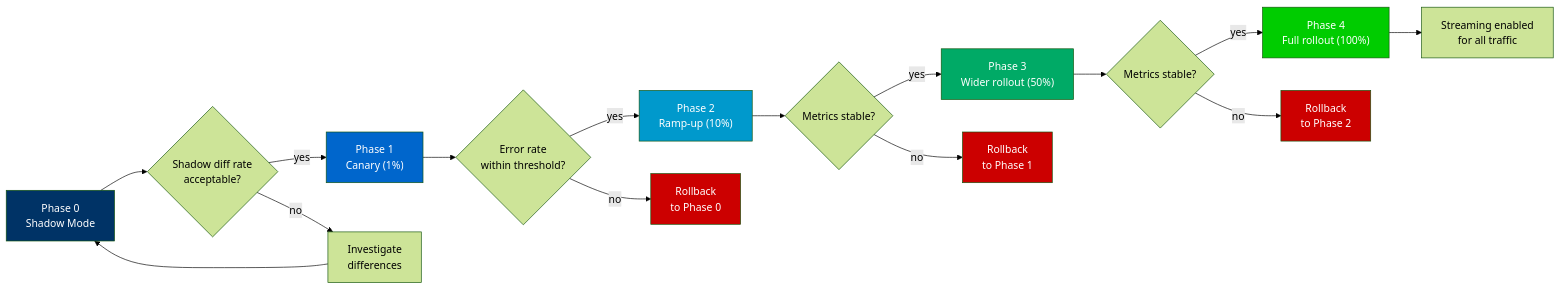
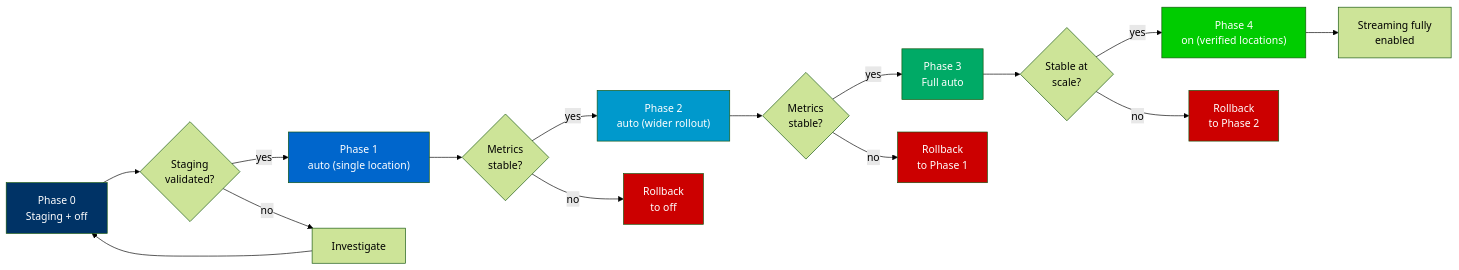
One commit to cnkang/nginx-markdown-for-agents changed the diagram in docs/guides/streaming-rollout-cookbook.md. Above: the diagram before and after it, drawn with Mermaid (forest theme). The commit also changed other lines of this file and 8 other files, not shown here.

````diff
--- a/docs/guides/streaming-rollout-cookbook.md
+++ b/docs/guides/streaming-rollout-cookbook.md
@@ -20,26 +32,26 @@
 ```mermaid
 flowchart LR
-    P0["Phase 0<br/>Shadow Mode"] --> P0Check{"Shadow diff rate<br/>acceptable?"}
-    P0Check -->|yes| P1["Phase 1<br/>Canary (1%)"]
-    P0Check -->|no| Investigate["Investigate<br/>differences"]
+    P0["Phase 0<br/>Staging + off"] --> P0Check{"Staging<br/>validated?"}
+    P0Check -->|yes| P1["Phase 1<br/>auto (single location)"]
+    P0Check -->|no| Investigate["Investigate"]
     Investigate --> P0
-    P1 --> P1Check{"Error rate<br/>within threshold?"}
-    P1Check -->|yes| P2["Phase 2<br/>Ramp-up (10%)"]
-    P1Check -->|no| Rollback1["Rollback<br/>to Phase 0"]
-    P2 --> P2Check{"Metrics stable?"}
-    P2Check -->|yes| P3["Phase 3<br/>Wider rollout (50%)"]
+    P1 --> P1Check{"Metrics<br/>stable?"}
+    P1Check -->|yes| P2["Phase 2<br/>auto (wider rollout)"]
+    P1Check -->|no| Rollback1["Rollback<br/>to off"]
+    P2 --> P2Check{"Metrics<br/>stable?"}
+    P2Check -->|yes| P3["Phase 3<br/>Full auto"]
     P2Check -->|no| Rollback2["Rollback<br/>to Phase 1"]
-    P3 --> P3Check{"Metrics stable?"}
-    P3Check -->|yes| P4["Phase 4<br/>Full rollout (100%)"]
+    P3 --> P3Check{"Stable at<br/>scale?"}
+    P3Check -->|yes| P4["Phase 4<br/>on (verified locations)"]
     P3Check -->|no| Rollback3["Rollback<br/>to Phase 2"]
-    P4 --> Done["Streaming enabled<br/>for all traffic"]
-    
+    P4 --> Done["Streaming fully<br/>enabled"]
+
     style P0 fill:#036,color:#fff
     style P1 fill:#06c,color:#fff
     style P2 fill:#09c,color:#fff
     style P3 fill:#0a6,color:#fff
     style P4 fill:#0c0,color:#fff
     style Rollback1 fill:#c00,color:#fff
     style Rollback2 fill:#c00,color:#fff
     style Rollback3 fill:#c00,color:#fff
 ```
````
